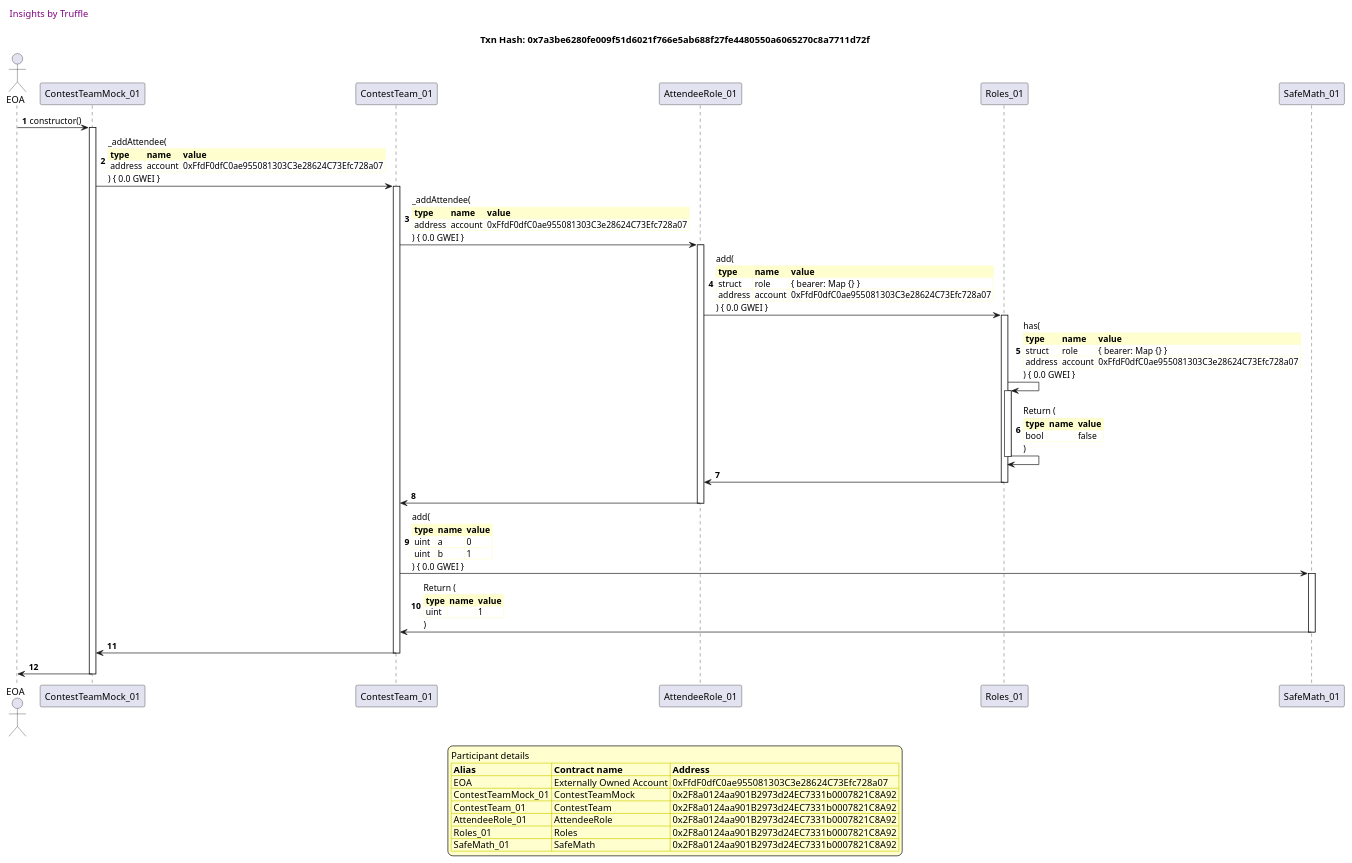
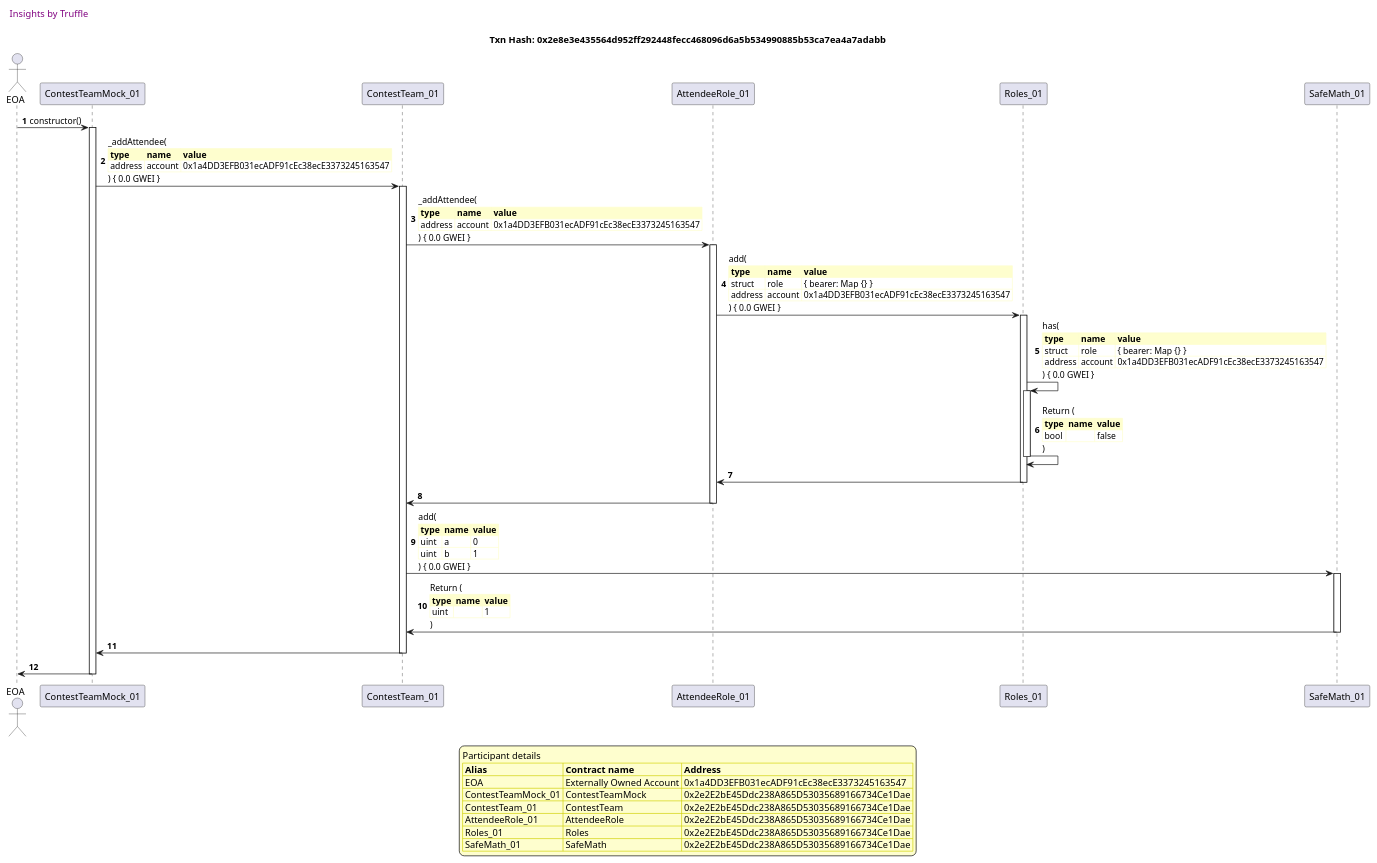
Before and after one commit to fodisi/hackapay: the first of 50 diagrams in truffle-seq/core_contestteam.md, drawn with PlantUML. The commit also changed other lines of this file and 10 other files, not shown here.

````diff
--- a/truffle-seq/core_contestteam.md
+++ b/truffle-seq/core_contestteam.md
@@ -13,79 +13,79 @@
 ```plantuml
 
 
 @startuml
 
 autonumber
 skinparam legendBackgroundColor #FEFECE
 
 <style>
       header {
         HorizontalAlignment left
         FontColor purple
         FontSize 14
         Padding 10
       }
     </style>
 
 header Insights by Truffle
 
-title Txn Hash: 0x7a3be6280fe009f51d6021f766e5ab688f27fe4480550a6065270c8a7711d72f
+title Txn Hash: 0x2e8e3e435564d952ff292448fecc468096d6a5b534990885b53ca7ea4a7adabb
 
 
 actor EOA as "EOA"
 participant ContestTeamMock_01 as "ContestTeamMock_01"
 participant ContestTeam_01 as "ContestTeam_01"
 participant AttendeeRole_01 as "AttendeeRole_01"
 participant Roles_01 as "Roles_01"
 participant SafeMath_01 as "SafeMath_01"
 
 "EOA" -> "ContestTeamMock_01" ++: constructor()
 "ContestTeamMock_01" -> "ContestTeam_01" ++: _addAttendee(\n\
 <#FEFECE,#FEFECE>|= type |= name |= value |\n\
-| address | account | 0xFfdF0dfC0ae955081303C3e28624C73Efc728a07 |\n\
+| address | account | 0x1a4DD3EFB031ecADF91cEc38ecE3373245163547 |\n\
 ) { 0.0 GWEI }
 "ContestTeam_01" -> "AttendeeRole_01" ++: _addAttendee(\n\
 <#FEFECE,#FEFECE>|= type |= name |= value |\n\
-| address | account | 0xFfdF0dfC0ae955081303C3e28624C73Efc728a07 |\n\
+| address | account | 0x1a4DD3EFB031ecADF91cEc38ecE3373245163547 |\n\
 ) { 0.0 GWEI }
 "AttendeeRole_01" -> "Roles_01" ++: add(\n\
 <#FEFECE,#FEFECE>|= type |= name |= value |\n\
 | struct | role | { bearer: Map {} } |\n\
-| address | account | 0xFfdF0dfC0ae955081303C3e28624C73Efc728a07 |\n\
+| address | account | 0x1a4DD3EFB031ecADF91cEc38ecE3373245163547 |\n\
 ) { 0.0 GWEI }
 "Roles_01" -> "Roles_01" ++: has(\n\
 <#FEFECE,#FEFECE>|= type |= name |= value |\n\
 | struct | role | { bearer: Map {} } |\n\
-| address | account | 0xFfdF0dfC0ae955081303C3e28624C73Efc728a07 |\n\
+| address | account | 0x1a4DD3EFB031ecADF91cEc38ecE3373245163547 |\n\
 ) { 0.0 GWEI }
 "Roles_01" -> "Roles_01" --: Return (\n\
 <#FEFECE,#FEFECE>|= type |= name |= value |\n\
 | bool |  | false |\n\
 )
 "Roles_01" -> "AttendeeRole_01" --: 
 "AttendeeRole_01" -> "ContestTeam_01" --: 
 "ContestTeam_01" -> "SafeMath_01" ++: add(\n\
 <#FEFECE,#FEFECE>|= type |= name |= value |\n\
 | uint | a | 0 |\n\
 | uint | b | 1 |\n\
 ) { 0.0 GWEI }
 "SafeMath_01" -> "ContestTeam_01" --: Return (\n\
 <#FEFECE,#FEFECE>|= type |= name |= value |\n\
 | uint |  | 1 |\n\
 )
 "ContestTeam_01" -> "ContestTeamMock_01" --: 
 "ContestTeamMock_01" -> "EOA" --: 
 
 legend
 Participant details
 <#FEFECE,#D0D000>|= Alias |= Contract name |= Address |
-<#FEFECE>| EOA | Externally Owned Account | 0xFfdF0dfC0ae955081303C3e28624C73Efc728a07 |
-<#FEFECE>| ContestTeamMock_01 | ContestTeamMock | 0x2F8a0124aa901B2973d24EC7331b0007821C8A92 |
-<#FEFECE>| ContestTeam_01 | ContestTeam | 0x2F8a0124aa901B2973d24EC7331b0007821C8A92 |
-<#FEFECE>| AttendeeRole_01 | AttendeeRole | 0x2F8a0124aa901B2973d24EC7331b0007821C8A92 |
-<#FEFECE>| Roles_01 | Roles | 0x2F8a0124aa901B2973d24EC7331b0007821C8A92 |
-<#FEFECE>| SafeMath_01 | SafeMath | 0x2F8a0124aa901B2973d24EC7331b0007821C8A92 |
+<#FEFECE>| EOA | Externally Owned Account | 0x1a4DD3EFB031ecADF91cEc38ecE3373245163547 |
+<#FEFECE>| ContestTeamMock_01 | ContestTeamMock | 0x2e2E2bE45Ddc238A865D53035689166734Ce1Dae |
+<#FEFECE>| ContestTeam_01 | ContestTeam | 0x2e2E2bE45Ddc238A865D53035689166734Ce1Dae |
+<#FEFECE>| AttendeeRole_01 | AttendeeRole | 0x2e2E2bE45Ddc238A865D53035689166734Ce1Dae |
+<#FEFECE>| Roles_01 | Roles | 0x2e2E2bE45Ddc238A865D53035689166734Ce1Dae |
+<#FEFECE>| SafeMath_01 | SafeMath | 0x2e2E2bE45Ddc238A865D53035689166734Ce1Dae |
 endlegend
 
 @enduml
 ```
````
